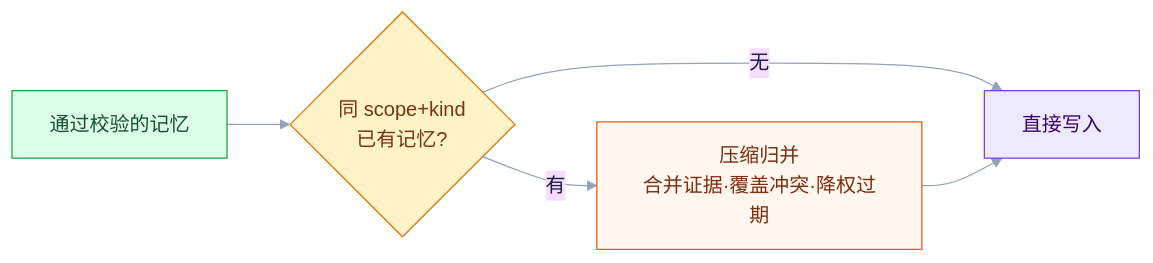
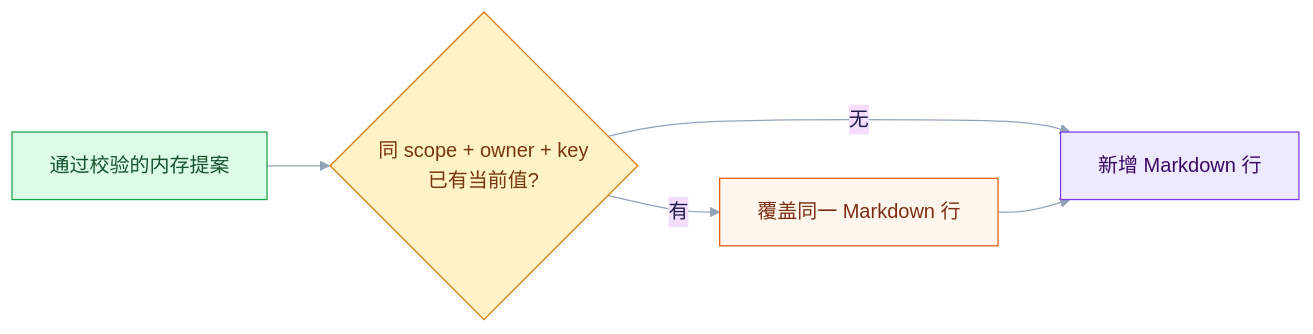
Diagram 17 of 18 in assistant/architecture/architecture.md (ni-shiliu/neil-control), drawn with Mermaid before and after one commit. The commit also changed other lines of this file and 117 other files, not shown here.

````diff
--- a/assistant/architecture/architecture.md
+++ b/assistant/architecture/architecture.md
@@ -525,13 +597,13 @@
 ```mermaid
 %%{init: {'theme':'base','themeVariables':{'primaryTextColor':'#1E1B4B','lineColor':'#94A3B8','fontFamily':'Inter, sans-serif'}}}%%
 flowchart LR
-    N["通过校验的记忆"]:::cand --> Q{"同 scope+kind<br/>已有记忆?"}:::gate
-    Q -->|无| W["直接写入"]:::long
-    Q -->|有| C["压缩归并<br/>合并证据·覆盖冲突·降权过期"]:::comp
+    N["通过校验的内存提案"]:::cand --> Q{"同 scope + owner + key<br/>已有当前值?"}:::gate
+    Q -->|无| W["新增 Markdown 行"]:::long
+    Q -->|有| C["覆盖同一 Markdown 行"]:::comp
     C --> W
 
     classDef cand fill:#DCFCE7,stroke:#16A34A,color:#14532D;
     classDef gate fill:#FEF3C7,stroke:#D97706,color:#78350F;
     classDef comp fill:#FFF7ED,stroke:#EA580C,color:#7C2D12;
     classDef long fill:#EDE9FE,stroke:#7C3AED,color:#3B0764;
 ```
````
